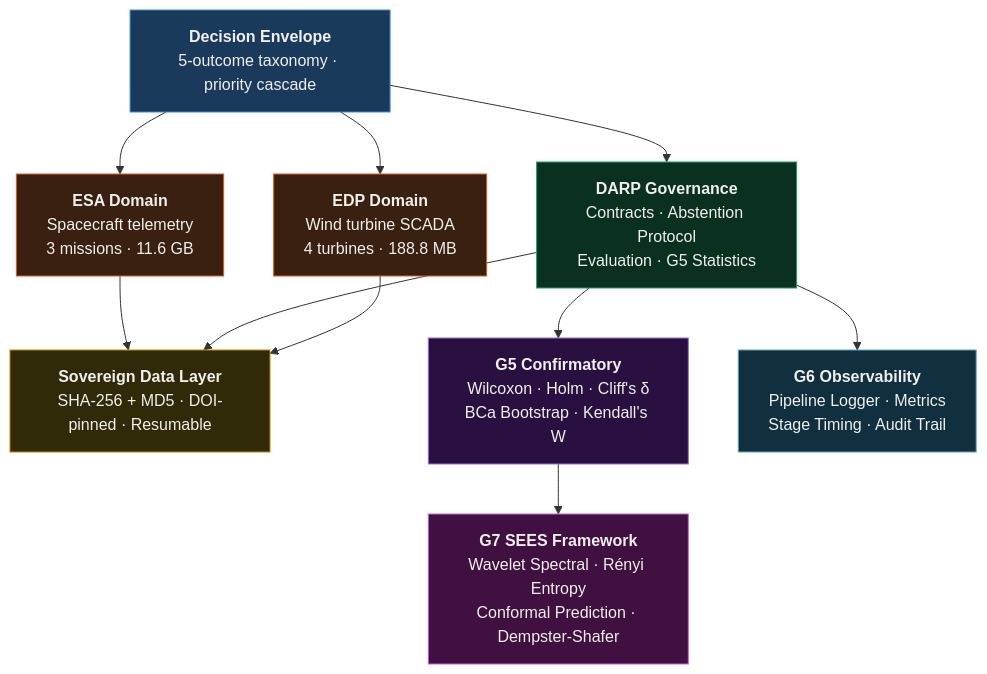
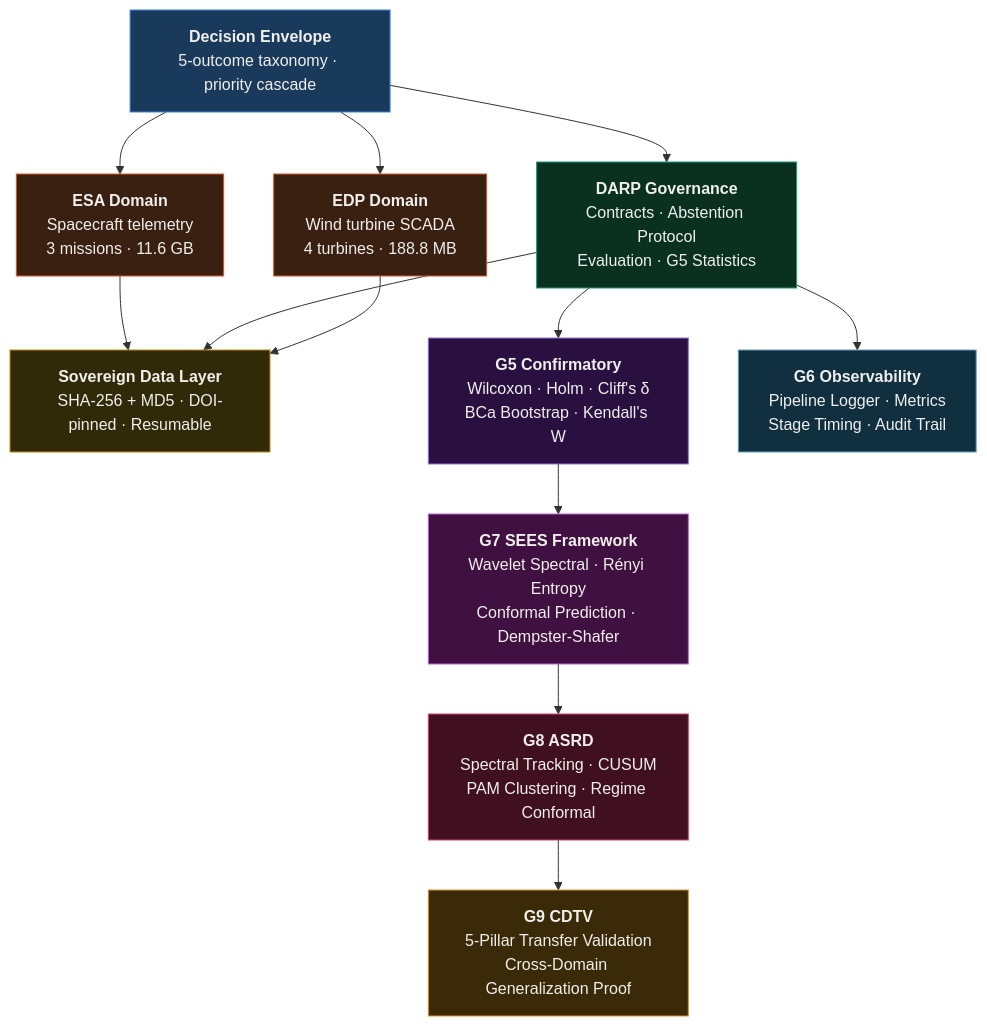
One commit to rolffcoelho-bravo/SOVEREIGN-OPS-2.0 changed the diagram in README.md. Above: the diagram before and after it, drawn with Mermaid. The commit also changed other lines of this file and 2 other files, not shown here.

````diff
--- a/README.md
+++ b/README.md
@@ -117,26 +163,32 @@
 ```mermaid
 graph TB
     DE["<b>Decision Envelope</b><br/>5-outcome taxonomy · priority cascade"]
     ESA["<b>ESA Domain</b><br/>Spacecraft telemetry<br/>3 missions · 11.6 GB"]
     GOV["<b>DARP Governance</b><br/>Contracts · Abstention Protocol<br/>Evaluation · G5 Statistics"]
     EDP["<b>EDP Domain</b><br/>Wind turbine SCADA<br/>4 turbines · 188.8 MB"]
     SDL["<b>Sovereign Data Layer</b><br/>SHA-256 + MD5 · DOI-pinned · Resumable"]
     G5["<b>G5 Confirmatory</b><br/>Wilcoxon · Holm · Cliff's δ<br/>BCa Bootstrap · Kendall's W"]
     SEES["<b>G7 SEES Framework</b><br/>Wavelet Spectral · Rényi Entropy<br/>Conformal Prediction · Dempster-Shafer"]
+    ASRD["<b>G8 ASRD</b><br/>Spectral Tracking · CUSUM<br/>PAM Clustering · Regime Conformal"]
+    CDTV["<b>G9 CDTV</b><br/>5-Pillar Transfer Validation<br/>Cross-Domain Generalization Proof"]
     OBS["<b>G6 Observability</b><br/>Pipeline Logger · Metrics<br/>Stage Timing · Audit Trail"]
 
     DE --> ESA & GOV & EDP
     ESA & GOV & EDP --> SDL
     GOV --> G5
     G5 --> SEES
+    SEES --> ASRD
+    ASRD --> CDTV
     GOV --> OBS
 
     style DE fill:#1a3a5c,stroke:#3987e5,color:#f0efec
     style ESA fill:#3a2010,stroke:#d95926,color:#f0efec
     style GOV fill:#0a3020,stroke:#199e70,color:#f0efec
     style EDP fill:#3a2010,stroke:#d95926,color:#f0efec
     style SDL fill:#302a08,stroke:#c98500,color:#f0efec
     style G5 fill:#2a1040,stroke:#9070e0,color:#f0efec
     style SEES fill:#401040,stroke:#c060e0,color:#f0efec
+    style ASRD fill:#401020,stroke:#e04060,color:#f0efec
+    style CDTV fill:#3a2a08,stroke:#e09020,color:#f0efec
     style OBS fill:#103040,stroke:#60a0c0,color:#f0efec
 ```
````
